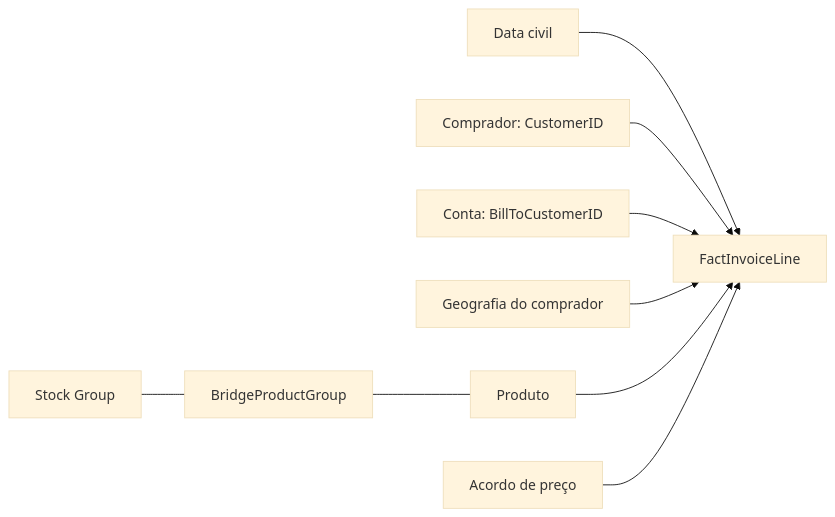
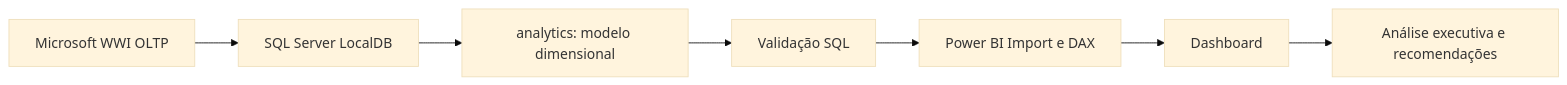
One commit to khenedsantos/analise-comercial-wwi changed the diagram in README.md. Above: the diagram before and after it, drawn with Mermaid (base theme). The commit also changed other lines of this file and 111 other files, not shown here.

Commit message:
feat: add Power BI business analysis dashboard (#1)

````diff
--- a/README.md
+++ b/README.md
@@ -23,11 +31,9 @@
 ```mermaid
 flowchart LR
-    Data[Data civil] --> F[FactInvoiceLine]
-    Comprador[Comprador: CustomerID] --> F
-    Cobranca[Conta: BillToCustomerID] --> F
-    Geografia[Geografia do comprador] --> F
-    Produto[Produto] --> F
-    Acordo[Acordo de preço] --> F
-    Grupo[Stock Group] --- Ponte[BridgeProductGroup]
-    Ponte --- Produto
+    A[Microsoft WWI OLTP] --> B[SQL Server LocalDB]
+    B --> C[analytics: modelo dimensional]
+    C --> D[Validação SQL]
+    D --> E[Power BI Import e DAX]
+    E --> F[Dashboard]
+    F --> G[Análise executiva e recomendações]
 ```
````
